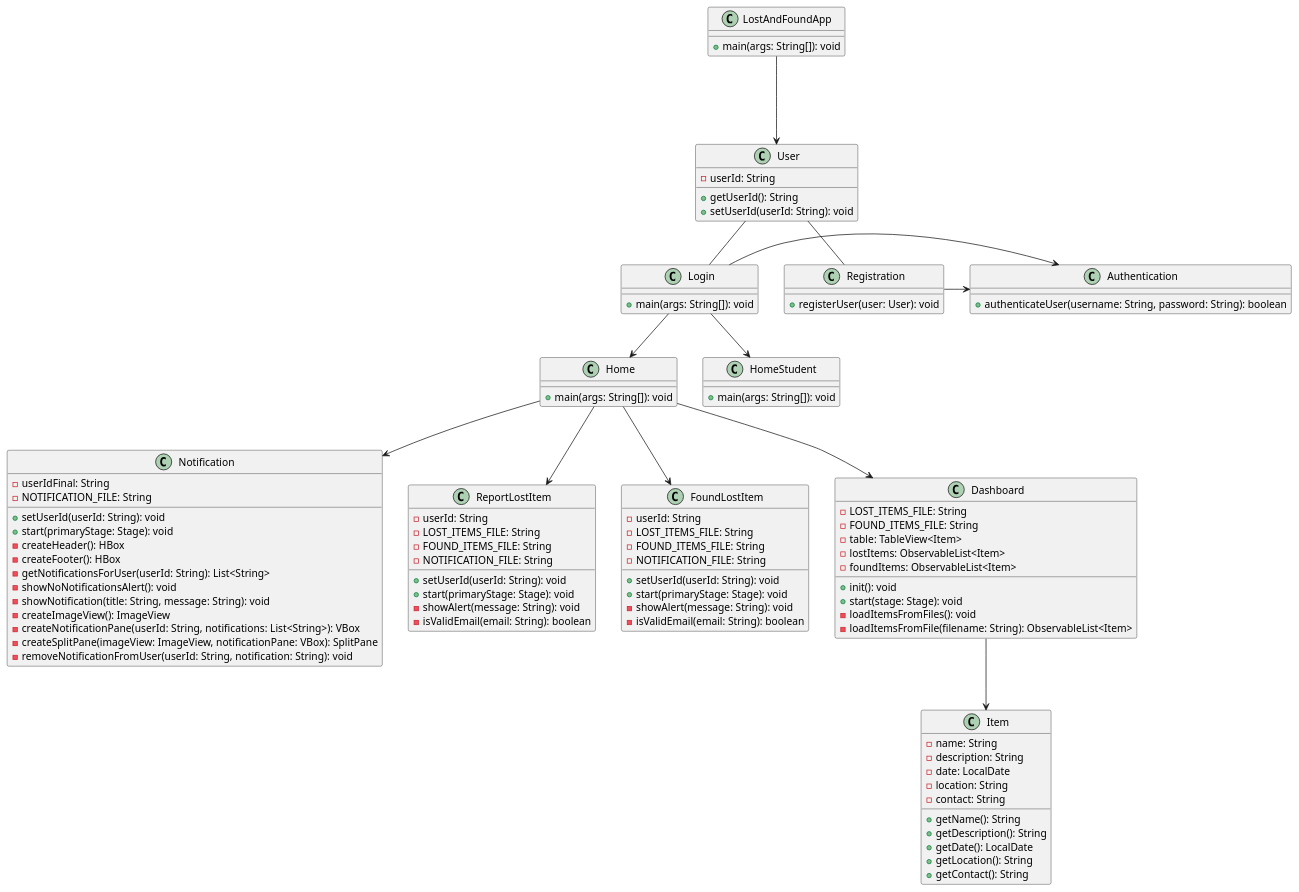
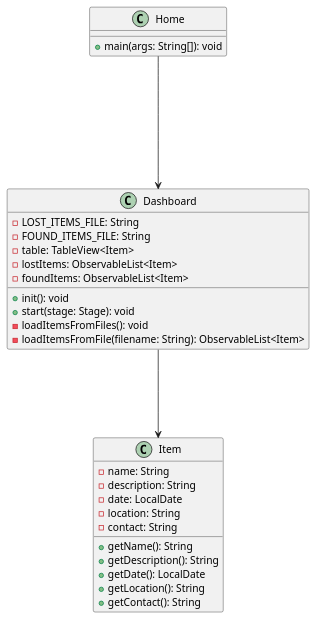
The diagram in UML-DIAGRAM/UML/TotalOverView.puml (mithindev/FoundIt), drawn with PlantUML before and after one commit. The commit also changed 5 other files, not shown here.

```diff
--- a/UML-DIAGRAM/UML/TotalOverView.puml
+++ b/UML-DIAGRAM/UML/TotalOverView.puml
@@ -1,130 +1,133 @@
 @startuml
 
-class User {
-  - userId: String
-  + getUserId(): String
-  + setUserId(userId: String): void
-}
+' class User {
+'   - userId: String
+'   + getUserId(): String
+'   + setUserId(userId: String): void
+' }
 
-class Registration {
-  + registerUser(user: User): void
-}
+' class Registration {
+'   + registerUser(user: User): void
+' }
 
-class Login {
-  + main(args: String[]): void
-}
+' class Login {
+'   + main(args: String[]): void
+' }
 
-class Authentication {
-  + authenticateUser(username: String, password: String): boolean
-}
+' class Authentication {
+'   + authenticateUser(username: String, password: String): boolean
+' }
 
 class Home {
   + main(args: String[]): void
 }
 
-class HomeStudent {
-  + main(args: String[]): void
-}
+' class HomeStudent {
+'   + main(args: String[]): void
+' }
 
-class LostAndFoundApp {
-  + main(args: String[]): void
-}
+' class LostAndFoundApp {
+'   + main(args: String[]): void
+' }
 
-class Notification {
-  - userIdFinal: String
-  - NOTIFICATION_FILE: String
-  + setUserId(userId: String): void
-  + start(primaryStage: Stage): void
-  - createHeader(): HBox
-  - createFooter(): HBox
-  - getNotificationsForUser(userId: String): List<String>
-  - showNoNotificationsAlert(): void
-  - showNotification(title: String, message: String): void
-  - createImageView(): ImageView
-  - createNotificationPane(userId: String, notifications: List<String>): VBox
-  - createSplitPane(imageView: ImageView, notificationPane: VBox): SplitPane
-  - removeNotificationFromUser(userId: String, notification: String): void
-}
+' class Notification {
+'   - userIdFinal: String
+'   - NOTIFICATION_FILE: String
+'   + setUserId(userId: String): void
+'   + start(primaryStage: Stage): void
+'   - createHeader(): HBox
+'   - createFooter(): HBox
+'   - getNotificationsForUser(userId: String): List<String>
+'   - showNoNotificationsAlert(): void
+'   - showNotification(title: String, message: String): void
+'   - createImageView(): ImageView
+'   - createNotificationPane(userId: String, notifications: List<String>): VBox
+'   - createSplitPane(imageView: ImageView, notificationPane: VBox): SplitPane
+'   - removeNotificationFromUser(userId: String, notification: String): void
+' }
 
-class ReportLostItem {
-  - userId: String
-  - LOST_ITEMS_FILE: String
-  - FOUND_ITEMS_FILE: String
-  - NOTIFICATION_FILE: String
-  + setUserId(userId: String): void
-  + start(primaryStage: Stage): void
-  - showAlert(message: String): void
-  - isValidEmail(email: String): boolean
-}
+' class ReportLostItem {
+'   - userId: String
+'   - LOST_ITEMS_FILE: String
+'   - FOUND_ITEMS_FILE: String
+'   - NOTIFICATION_FILE: String
+'   + setUserId(userId: String): void
+'   + start(primaryStage: Stage): void
+'   - showAlert(message: String): void
+'   - isValidEmail(email: String): boolean
+' }
 
-class FoundLostItem {
-  - userId: String
-  - LOST_ITEMS_FILE: String
-  - FOUND_ITEMS_FILE: String
-  - NOTIFICATION_FILE: String
-  + setUserId(userId: String): void
-  + start(primaryStage: Stage): void
-  - showAlert(message: String): void
-  - isValidEmail(email: String): boolean
-}
+' class FoundLostItem {
+'   - userId: String
+'   - LOST_ITEMS_FILE: String
+'   - FOUND_ITEMS_FILE: String
+'   - NOTIFICATION_FILE: String
+'   + setUserId(userId: String): void
+'   + start(primaryStage: Stage): void
+'   - showAlert(message: String): void
+'   - isValidEmail(email: String): boolean
+' }
 
 class Dashboard {
   - LOST_ITEMS_FILE: String
   - FOUND_ITEMS_FILE: String
   - table: TableView<Item>
   - lostItems: ObservableList<Item>
   - foundItems: ObservableList<Item>
   + init(): void
   + start(stage: Stage): void
   - loadItemsFromFiles(): void
   - loadItemsFromFile(filename: String): ObservableList<Item>
 }
 
 class Item {
   - name: String
   - description: String
   - date: LocalDate
   - location: String
   - contact: String
   + getName(): String
   + getDescription(): String
   + getDate(): LocalDate
   + getLocation(): String
   + getContact(): String
 }
 
-LostAndFoundApp ---> User 
+Home ----> Dashboard
+Dashboard ---> Item
 
-User -- Login
-User -- Registration
-Login -> Authentication
-Registration -> Authentication
+' LostAndFoundApp ---> User 
 
-Login --> Home
-Login --> HomeStudent
+' User -- Login
+' User -- Registration
+' Login -> Authentication
+' Registration -> Authentication
 
-Home --> Notification
-Home --> ReportLostItem
-Home --> FoundLostItem
-Home --> Dashboard
+' Login --> Home
+' Login --> HomeStudent
 
-Dashboard --> Item
+' Home --> Notification
+' Home --> ReportLostItem
+' Home --> FoundLostItem
+' Home --> Dashboard
+
+' Dashboard --> Item
 
 
 ' Authentication --> User
 ' Registration --> User
 ' Authentication --> Dashboard
 ' Registration --> Dashboard
 ' Authentication --> LostAndFoundApp
 ' Registration --> LostAndFoundApp
 ' LostAndFoundApp --> Dashboard
 ' Dashboard --> Item
 ' Dashboard --> TableView
 ' Notification --> Application
 ' ReportLostItem --> Application
 ' FoundLostItem --> Application
 ' Login --> Authentication
 ' Home --> Authentication
 ' HomeStudent --> Authentication
 
 @enduml
```
